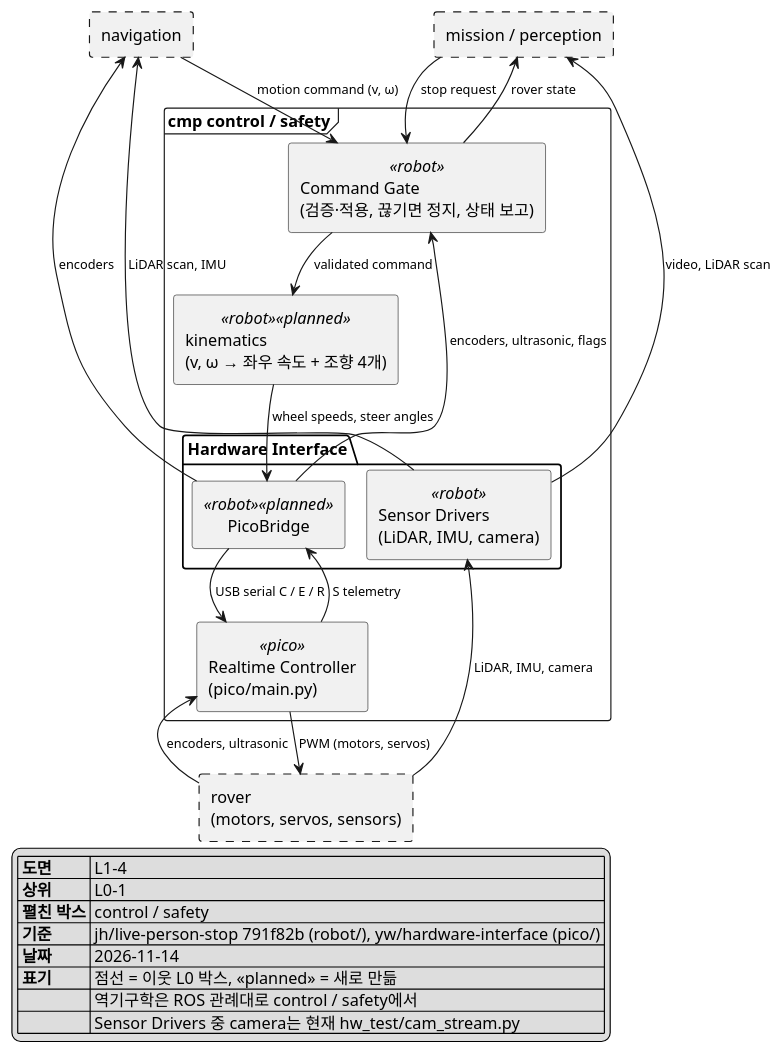
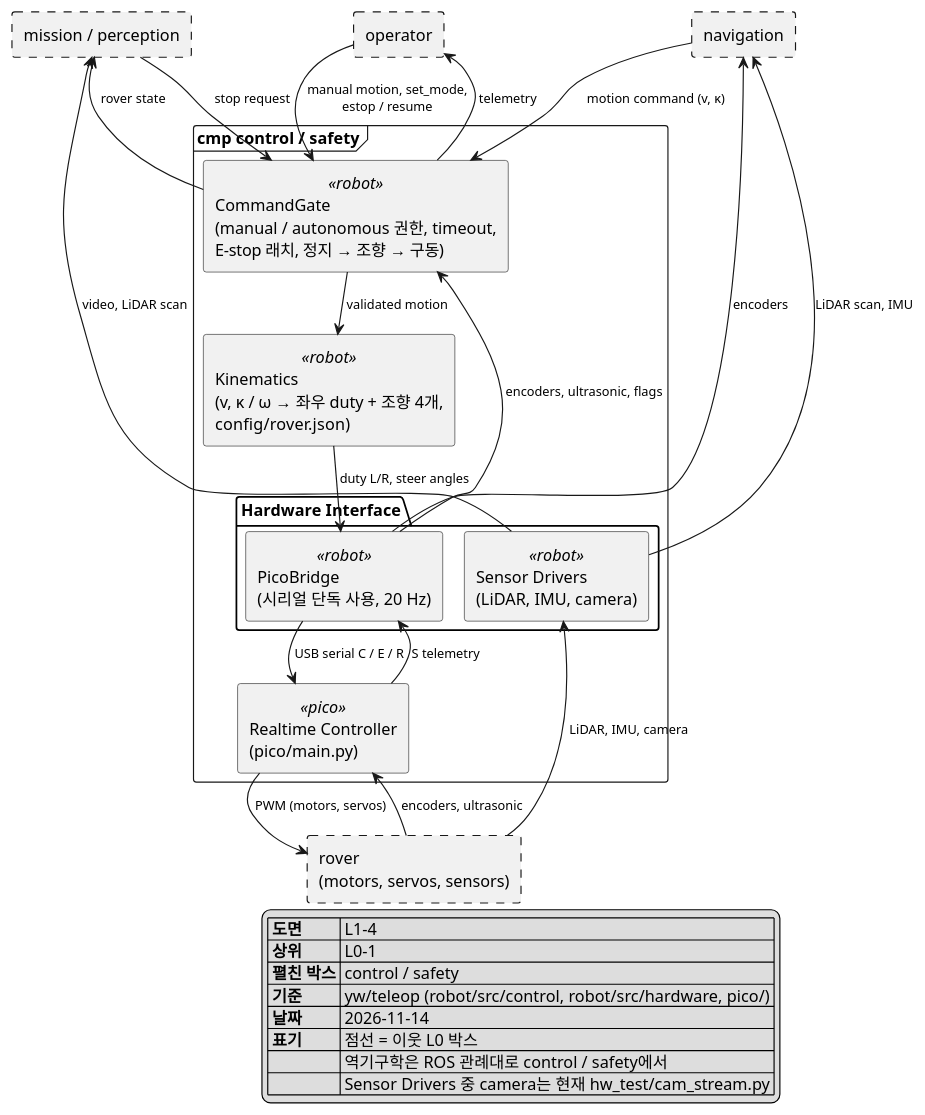
Before and after one commit to Ruysong/autonomous-rescue-rover: the diagram in docs/architecture/L1-4_control_safety.puml, drawn with PlantUML. The commit also changed 30 other files, not shown here.

First line of the commit message:
feat: gamepad manual drive (operator -> CommandGate -> Kinematics -> PicoBridge)

```diff
--- a/docs/architecture/L1-4_control_safety.puml
+++ b/docs/architecture/L1-4_control_safety.puml
@@ -1,51 +1,54 @@
 @startuml L1-4_control_safety
 !pragma layout smetana
 skinparam monochrome true
 skinparam shadowing false
 skinparam defaultFontName "Malgun Gothic"
 skinparam componentStyle rectangle
 skinparam ArrowFontSize 11
 top to bottom direction
 
+rectangle "operator" as OPERATOR #line.dashed
 rectangle "navigation" as NAV #line.dashed
 rectangle "mission / perception" as MISSION #line.dashed
 
 frame "cmp control / safety" {
-  component "Command Gate\n(검증·적용, 끊기면 정지, 상태 보고)" <<robot>> as GATE
-  component "kinematics\n(v, ω → 좌우 속도 + 조향 4개)" <<robot>> <<planned>> as IK
+  component "CommandGate\n(manual / autonomous 권한, timeout,\nE-stop 래치, 정지 → 조향 → 구동)" <<robot>> as GATE
+  component "Kinematics\n(v, κ / ω → 좌우 duty + 조향 4개,\nconfig/rover.json)" <<robot>> as IK
   package "Hardware Interface" {
-    component "PicoBridge" <<robot>> <<planned>> as BRIDGE
+    component "PicoBridge\n(시리얼 단독 사용, 20 Hz)" <<robot>> as BRIDGE
     component "Sensor Drivers\n(LiDAR, IMU, camera)" <<robot>> as DRIVERS
   }
   component "Realtime Controller\n(pico/main.py)" <<pico>> as RT
 }
 
 rectangle "rover\n(motors, servos, sensors)" as ROVER #line.dashed
 
-NAV --> GATE : motion command (v, ω)
+OPERATOR --> GATE : manual motion, set_mode,\nestop / resume
+NAV --> GATE : motion command (v, κ)
 MISSION --> GATE : stop request
-GATE --> IK : validated command
-IK --> BRIDGE : wheel speeds, steer angles
+GATE --> IK : validated motion
+IK --> BRIDGE : duty L/R, steer angles
 BRIDGE --> RT : USB serial C / E / R
 RT --> ROVER : PWM (motors, servos)
 
 ROVER -up-> RT : encoders, ultrasonic
 RT -up-> BRIDGE : S telemetry
 ROVER -up-> DRIVERS : LiDAR, IMU, camera
 BRIDGE -up-> GATE : encoders, ultrasonic, flags
 GATE -up-> MISSION : rover state
+GATE -up-> OPERATOR : telemetry
 DRIVERS -up-> NAV : LiDAR scan, IMU
 BRIDGE -up-> NAV : encoders
 DRIVERS -up-> MISSION : video, LiDAR scan
 
 legend bottom right
   |= 도면 | L1-4 |
   |= 상위 | L0-1 |
   |= 펼친 박스 | control / safety |
-  |= 기준 | jh/live-person-stop 791f82b (robot/), yw/hardware-interface (pico/) |
+  |= 기준 | yw/teleop (robot/src/control, robot/src/hardware, pico/) |
   |= 날짜 | 2026-11-14 |
-  |= 표기 | 점선 = 이웃 L0 박스, <<planned>> = 새로 만듦 |
+  |= 표기 | 점선 = 이웃 L0 박스 |
   |= | 역기구학은 ROS 관례대로 control / safety에서 |
   |= | Sensor Drivers 중 camera는 현재 hw_test/cam_stream.py |
 endlegend
 @enduml
```
